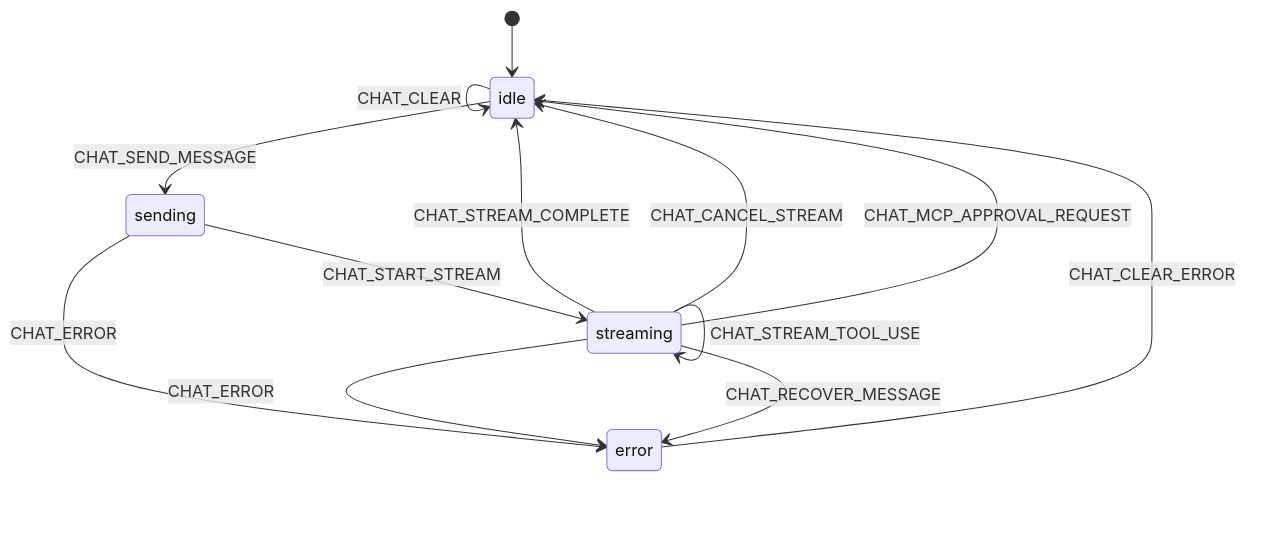
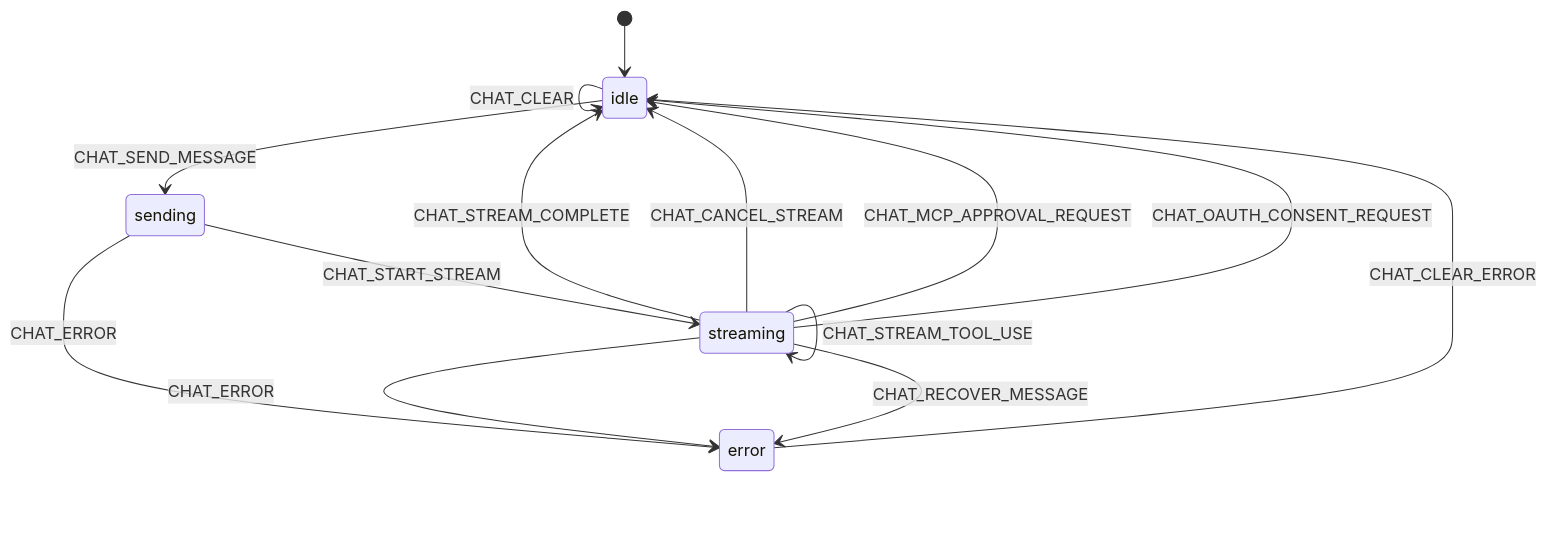
One commit to clarked-msft/foundry-agent-webapp changed the sixth of 11 diagrams in ARCHITECTURE-FLOW.md. Above: the diagram before and after it, drawn with Mermaid. The commit also changed other lines of this file and 19 other files, not shown here.

First line of the commit message:
feat(mcp): handle OAuth consent requests

````diff
--- a/ARCHITECTURE-FLOW.md
+++ b/ARCHITECTURE-FLOW.md
@@ -222,24 +228,26 @@
 ```mermaid
 stateDiagram-v2
     [*] --> idle
 
     idle --> sending: CHAT_SEND_MESSAGE
     
     sending --> streaming: CHAT_START_STREAM
     sending --> error: CHAT_ERROR
 
     streaming --> streaming: CHAT_STREAM_CHUNK
     streaming --> streaming: CHAT_STREAM_ANNOTATIONS
     streaming --> streaming: CHAT_STREAM_RETRY
     streaming --> streaming: CHAT_STREAM_TOOL_USE
     streaming --> idle: CHAT_STREAM_COMPLETE
     streaming --> idle: CHAT_CANCEL_STREAM
     streaming --> idle: CHAT_MCP_APPROVAL_REQUEST
+    streaming --> idle: CHAT_OAUTH_CONSENT_REQUEST
     streaming --> error: CHAT_ERROR
     streaming --> error: CHAT_RECOVER_MESSAGE
 
     error --> idle: CHAT_CLEAR_ERROR
 
     idle --> idle: CHAT_MCP_APPROVAL_RESOLVED
+    idle --> idle: CHAT_OAUTH_CONSENT_RESOLVED
     idle --> idle: CHAT_CLEAR
 ```
````
